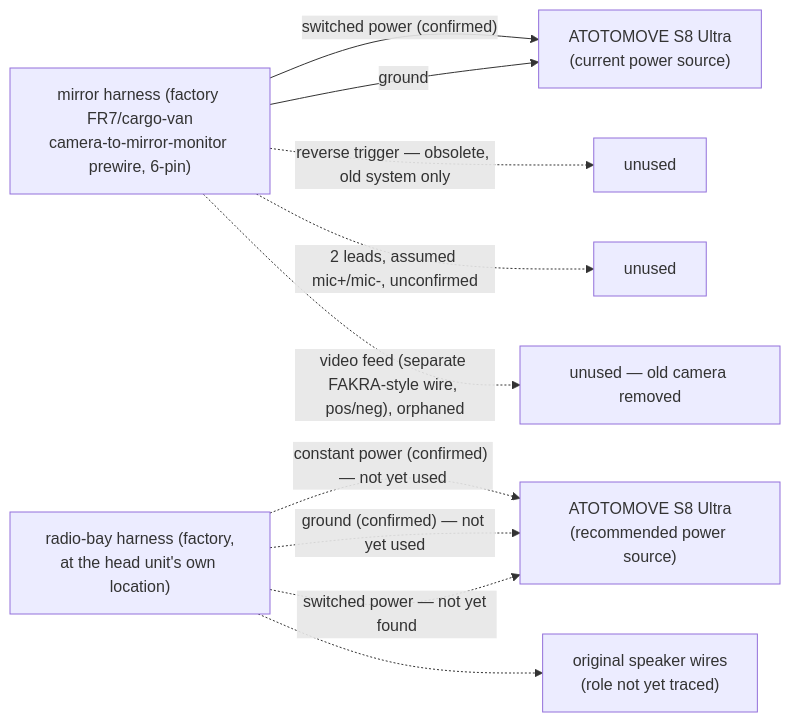
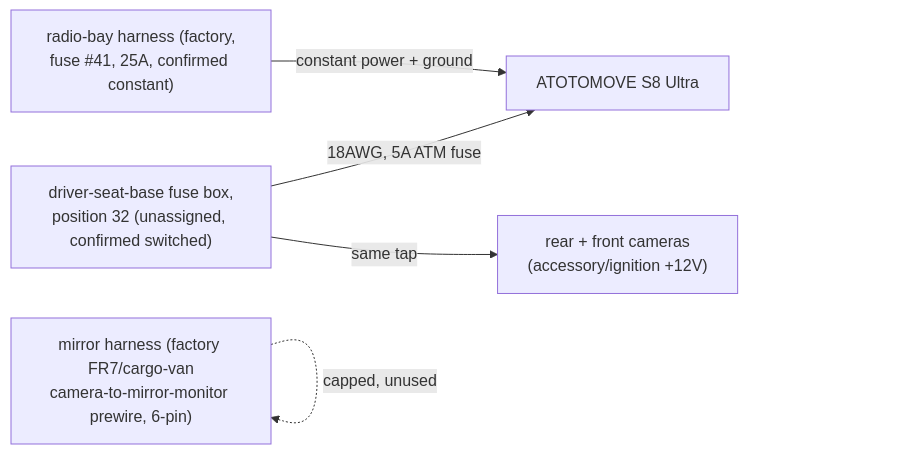
The second of 3 diagrams in audio/PLAN.md (timit/vandalia), drawn with Mermaid before and after one commit. The commit also changed other lines of this file and 9 other files, not shown here.

````diff
--- a/audio/PLAN.md
+++ b/audio/PLAN.md
@@ -46,13 +51,7 @@
 ```mermaid
 flowchart LR
-  mirror["mirror harness (factory FR7/cargo-van<br/>camera-to-mirror-monitor prewire, 6-pin)"]
-  mirror -->|"switched power (confirmed)"| headunitNow["ATOTOMOVE S8 Ultra<br/>(current power source)"]
-  mirror -->|"ground"| headunitNow
-  mirror -.->|"reverse trigger — obsolete, old system only"| unused1["unused"]
-  mirror -.->|"2 leads, assumed mic+/mic-, unconfirmed"| unused2["unused"]
-  mirror -.->|"video feed (separate FAKRA-style wire, pos/neg), orphaned"| unused3["unused — old camera removed"]
-  radiobay["radio-bay harness (factory,<br/>at the head unit's own location)"] -.->|"constant power (confirmed) — not yet used"| headunitFuture["ATOTOMOVE S8 Ultra<br/>(recommended power source)"]
-  radiobay -.->|"ground (confirmed) — not yet used"| headunitFuture
-  radiobay -.->|"switched power — not yet found"| headunitFuture
-  radiobay -.-> speakerwires["original speaker wires<br/>(role not yet traced)"]
+  radiobay["radio-bay harness (factory,<br/>fuse #41, 25A, confirmed constant)"] -->|"constant power + ground"| headunit["ATOTOMOVE S8 Ultra"]
+  seatbox["driver-seat-base fuse box,<br/>position 32 (unassigned, confirmed switched)"] -->|"18AWG, 5A ATM fuse"| headunit
+  seatbox -->|"same tap"| rearcam["rear + front cameras<br/>(accessory/ignition +12V)"]
+  mirror["mirror harness (factory FR7/cargo-van<br/>camera-to-mirror-monitor prewire, 6-pin)"] -.->|"capped, unused"| mirror
 ```
````
